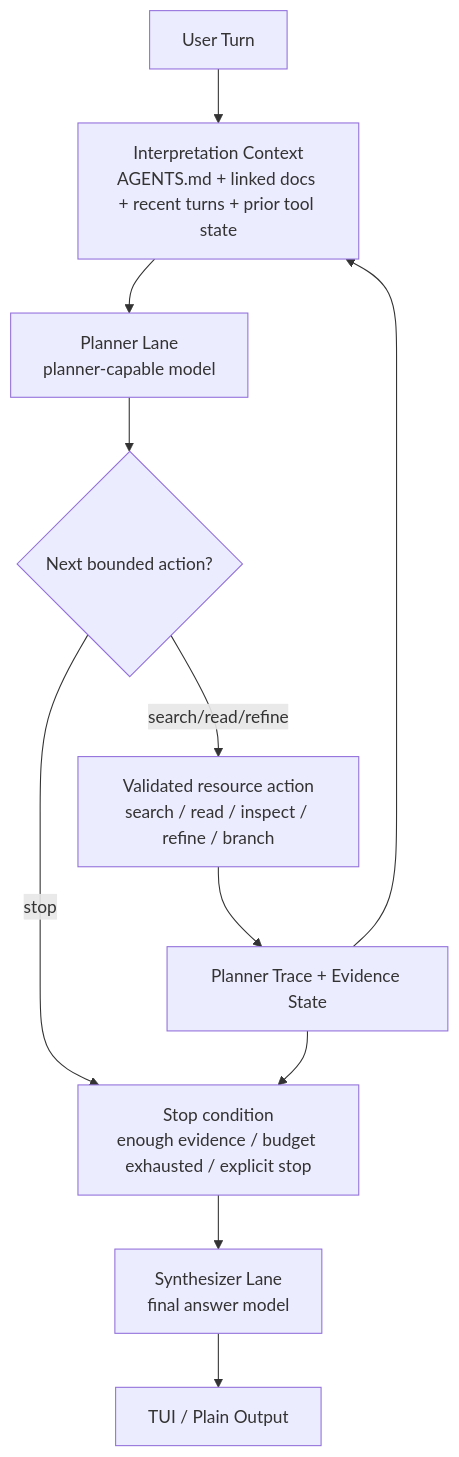
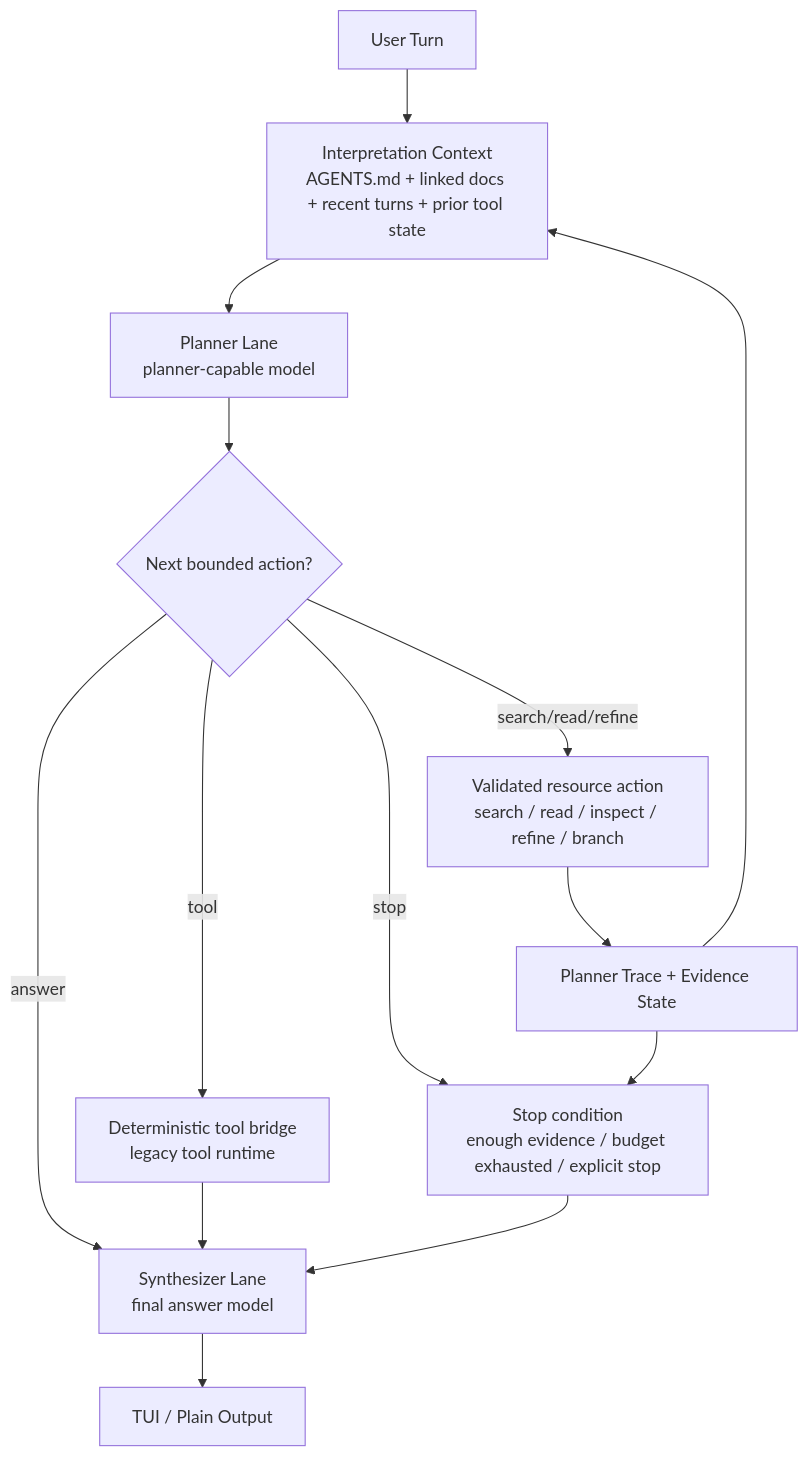
One commit to spoke-sh/paddles changed the first of 3 diagrams in README.md. Above: the diagram before and after it, drawn with Mermaid. The commit also changed other lines of this file and 41 other files, not shown here.

````diff
--- a/README.md
+++ b/README.md
@@ -22,17 +22,21 @@
 ```mermaid
 flowchart TD
     U["User Turn"]
     I["Interpretation Context<br/>AGENTS.md + linked docs + recent turns + prior tool state"]
     P["Planner Lane<br/>planner-capable model"]
     D{"Next bounded action?"}
     A["Validated resource action<br/>search / read / inspect / refine / branch"]
+    X["Deterministic tool bridge<br/>legacy tool runtime"]
     S["Planner Trace + Evidence State"]
     T["Stop condition<br/>enough evidence / budget exhausted / explicit stop"]
     Y["Synthesizer Lane<br/>final answer model"]
     R["TUI / Plain Output"]
 
     U --> I --> P --> D
+    D -->|answer| Y
+    D -->|tool| X --> Y
     D -->|search/read/refine| A --> S --> I
-    D -->|stop| T --> Y --> R
+    D -->|stop| T --> Y
     S --> T
+    Y --> R
 ```
````
